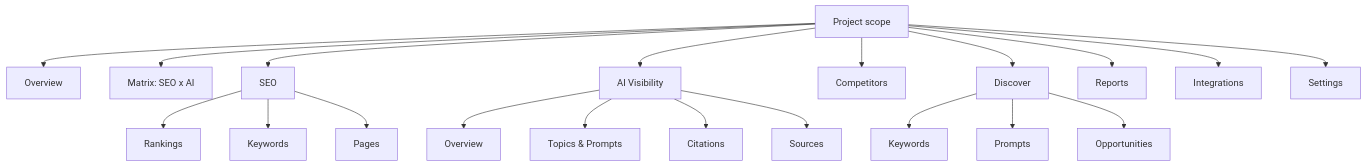
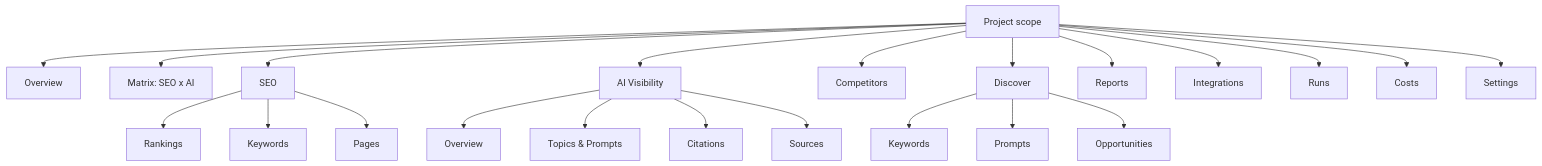
Before and after one commit to digibranders/idraft: the diagram in docs/design-system/11-navigation.md, drawn with Mermaid. The commit also changed other lines of this file and 10 other files, not shown here.

````diff
--- a/docs/design-system/11-navigation.md
+++ b/docs/design-system/11-navigation.md
@@ -10,22 +10,24 @@
 ```mermaid
 flowchart TB
     P[Project scope] --> OV[Overview]
     P --> MX[Matrix: SEO x AI]
     P --> SEO[SEO]
     SEO --> R[Rankings]
     SEO --> K[Keywords]
     SEO --> PG[Pages]
     P --> AI[AI Visibility]
     AI --> AO[Overview]
     AI --> PR[Topics & Prompts]
     AI --> CI[Citations]
     AI --> SO[Sources]
     P --> CO[Competitors]
     P --> DI[Discover]
     DI --> DK[Keywords]
     DI --> DP[Prompts]
     DI --> DO[Opportunities]
     P --> RE[Reports]
     P --> IN[Integrations]
+    P --> RN[Runs]
+    P --> CS[Costs]
     P --> ST[Settings]
 ```
````
